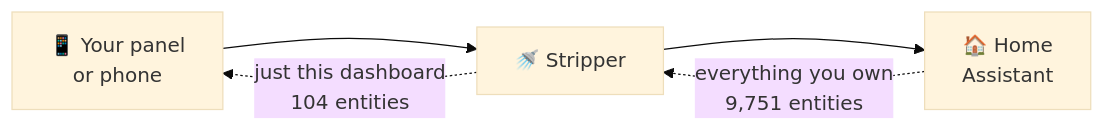
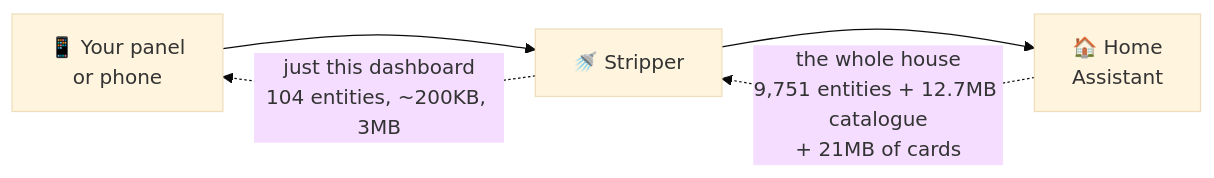
One commit to davidcoulson/HA-Strimmer changed the diagram in README.md. Above: the diagram before and after it, drawn with Mermaid (base theme). The commit also changed other lines of this file, not shown here.

````diff
--- a/README.md
+++ b/README.md
@@ -53,7 +61,7 @@
 ```mermaid
 flowchart LR
     B["📱 Your panel<br/>or phone"] --> S["🚿 Stripper"]
     S --> H["🏠 Home<br/>Assistant"]
-    H -. "everything you own<br/>9,751 entities" .-> S
-    S -. "just this dashboard<br/>104 entities" .-> B
+    H -. "the whole house<br/>9,751 entities + 12.7MB catalogue<br/>+ 21MB of cards" .-> S
+    S -. "just this dashboard<br/>104 entities, ~200KB, 3MB" .-> B
 ```
````
